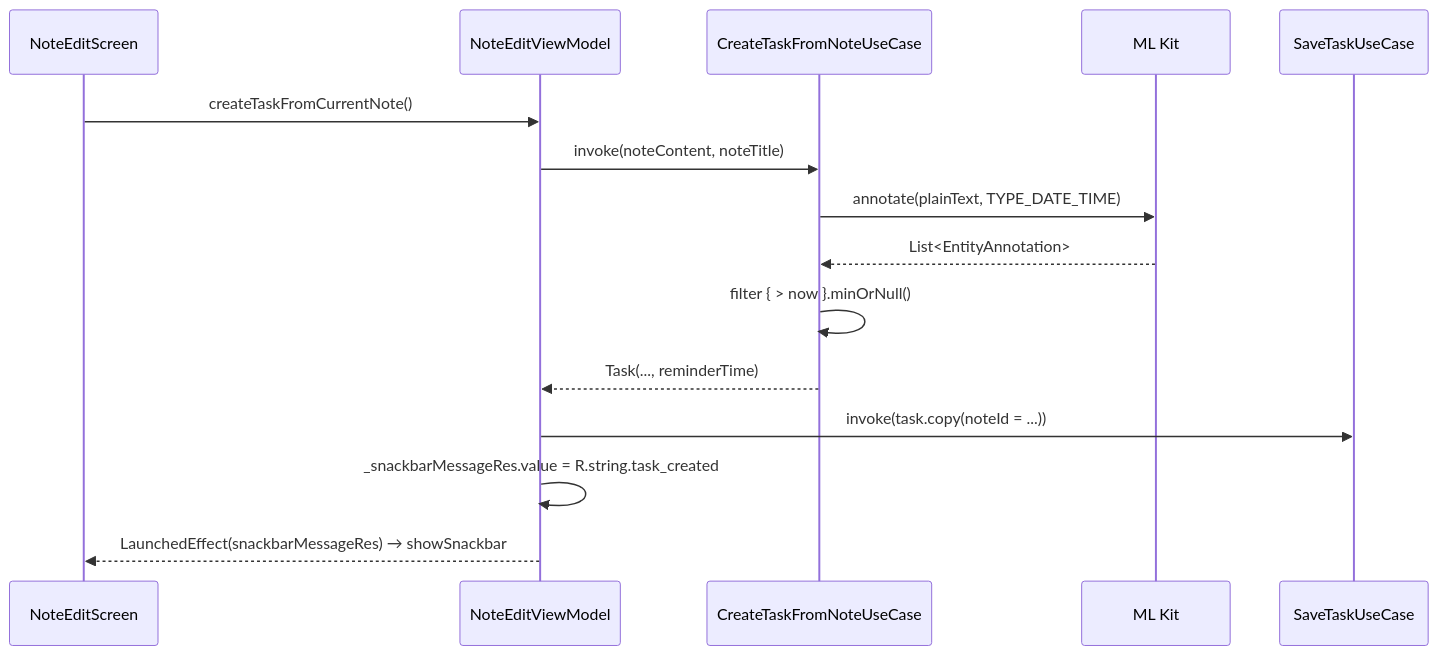
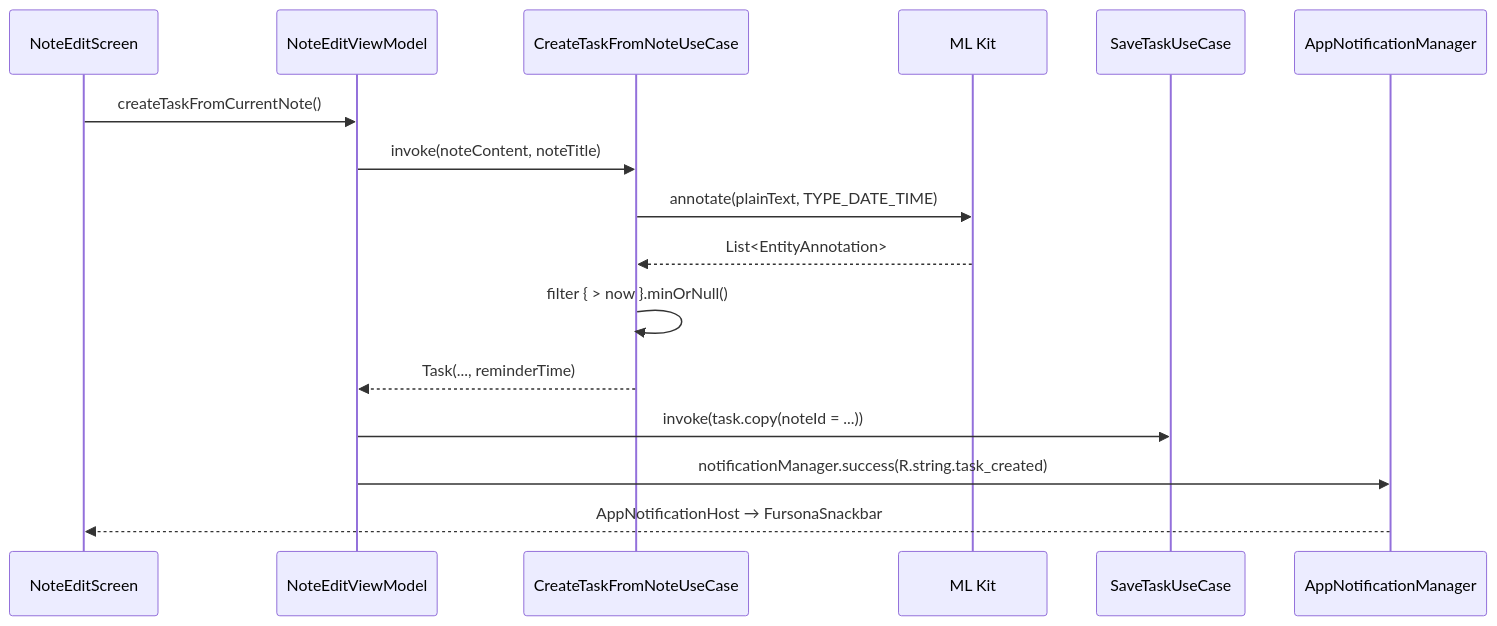
The first of 2 diagrams in docs/ARCHITECTURE.md (MaxGog/pagebook-android), drawn with Mermaid before and after one commit. The commit also changed other lines of this file and 28 other files, not shown here.

````diff
--- a/docs/ARCHITECTURE.md
+++ b/docs/ARCHITECTURE.md
@@ -259,18 +256,19 @@
 ```mermaid
 sequenceDiagram
     participant UI as NoteEditScreen
     participant VM as NoteEditViewModel
     participant UC as CreateTaskFromNoteUseCase
     participant ML as ML Kit
     participant Save as SaveTaskUseCase
+    participant NM as AppNotificationManager
 
     UI->>VM: createTaskFromCurrentNote()
     VM->>UC: invoke(noteContent, noteTitle)
     UC->>ML: annotate(plainText, TYPE_DATE_TIME)
     ML-->>UC: List<EntityAnnotation>
     UC->>UC: filter { > now }.minOrNull()
     UC-->>VM: Task(..., reminderTime)
     VM->>Save: invoke(task.copy(noteId = ...))
-    VM->>VM: _snackbarMessageRes.value = R.string.task_created
-    VM-->>UI: LaunchedEffect(snackbarMessageRes) → showSnackbar
+    VM->>NM: notificationManager.success(R.string.task_created)
+    NM-->>UI: AppNotificationHost → FursonaSnackbar
 ```
````
